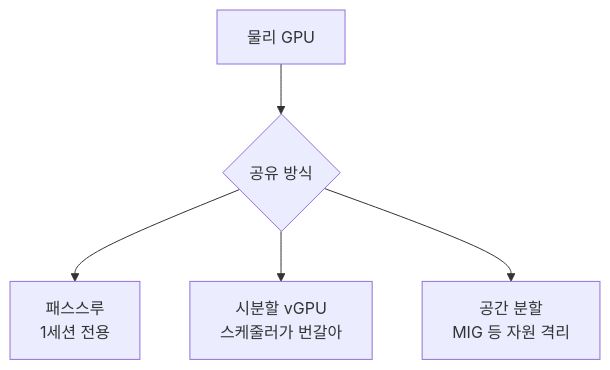
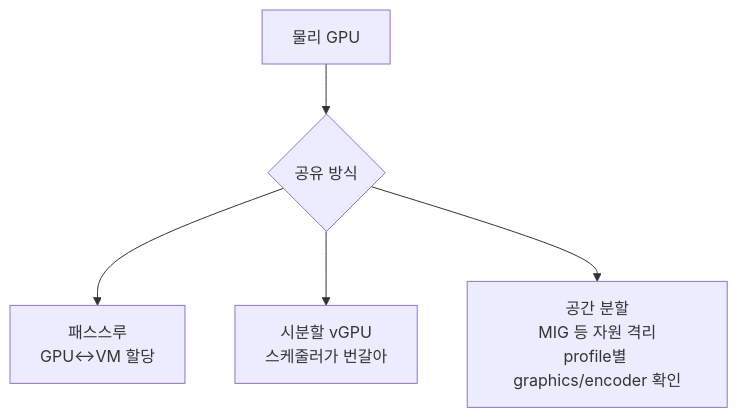
One commit to Rein-ArXiv/game-dev-curriculum changed the third of 4 diagrams in platform/part06_cloud.md. Above: the diagram before and after it, drawn with Mermaid. The commit also changed other lines of this file and 279 other files, not shown here.

````diff
--- a/platform/part06_cloud.md
+++ b/platform/part06_cloud.md
@@ -278,7 +285,7 @@
 ```mermaid
 flowchart TB
     GPU[물리 GPU] --> M1{공유 방식}
-    M1 --> P[패스스루<br/>1세션 전용]
+    M1 --> P[패스스루<br/>GPU↔VM 할당]
     M1 --> V[시분할 vGPU<br/>스케줄러가 번갈아]
-    M1 --> S[공간 분할<br/>MIG 등 자원 격리]
+    M1 --> S[공간 분할<br/>MIG 등 자원 격리<br/>profile별 graphics/encoder 확인]
 ```
````
